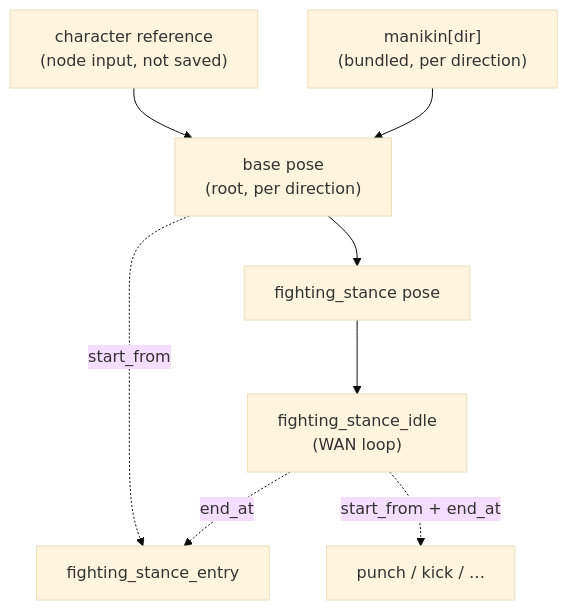
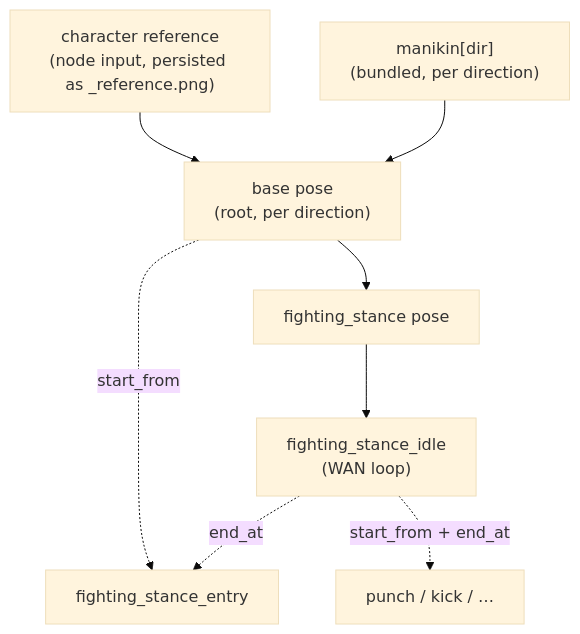
One commit to andyhite/comfyui-andypack changed the diagram in README.md. Above: the diagram before and after it, drawn with Mermaid (base theme). The commit also changed other lines of this file and 1 other file, not shown here.

First line of the commit message:
docs: fix README/CLAUDE.md drift; add graph-wiring + sidebar docs

````diff
--- a/README.md
+++ b/README.md
@@ -22,10 +22,10 @@
 ```mermaid
 graph TD
-  ref["character reference<br/>(node input, not saved)"] --> base
+  ref["character reference<br/>(node input, persisted as _reference.png)"] --> base
   manikin["manikin[dir]<br/>(bundled, per direction)"] --> base["base pose<br/>(root, per direction)"]
   base --> stance["fighting_stance pose"]
   stance --> idle["fighting_stance_idle<br/>(WAN loop)"]
   base -. start_from .-> entry["fighting_stance_entry"]
   idle -. end_at .-> entry
   idle -. start_from + end_at .-> punch["punch / kick / …"]
 ```
````
